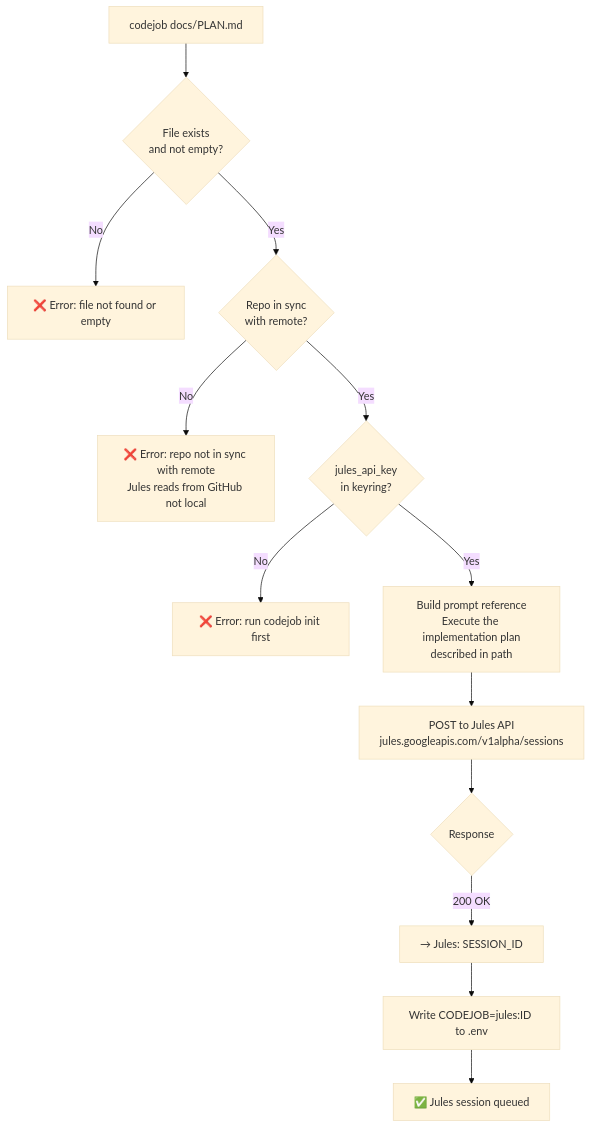
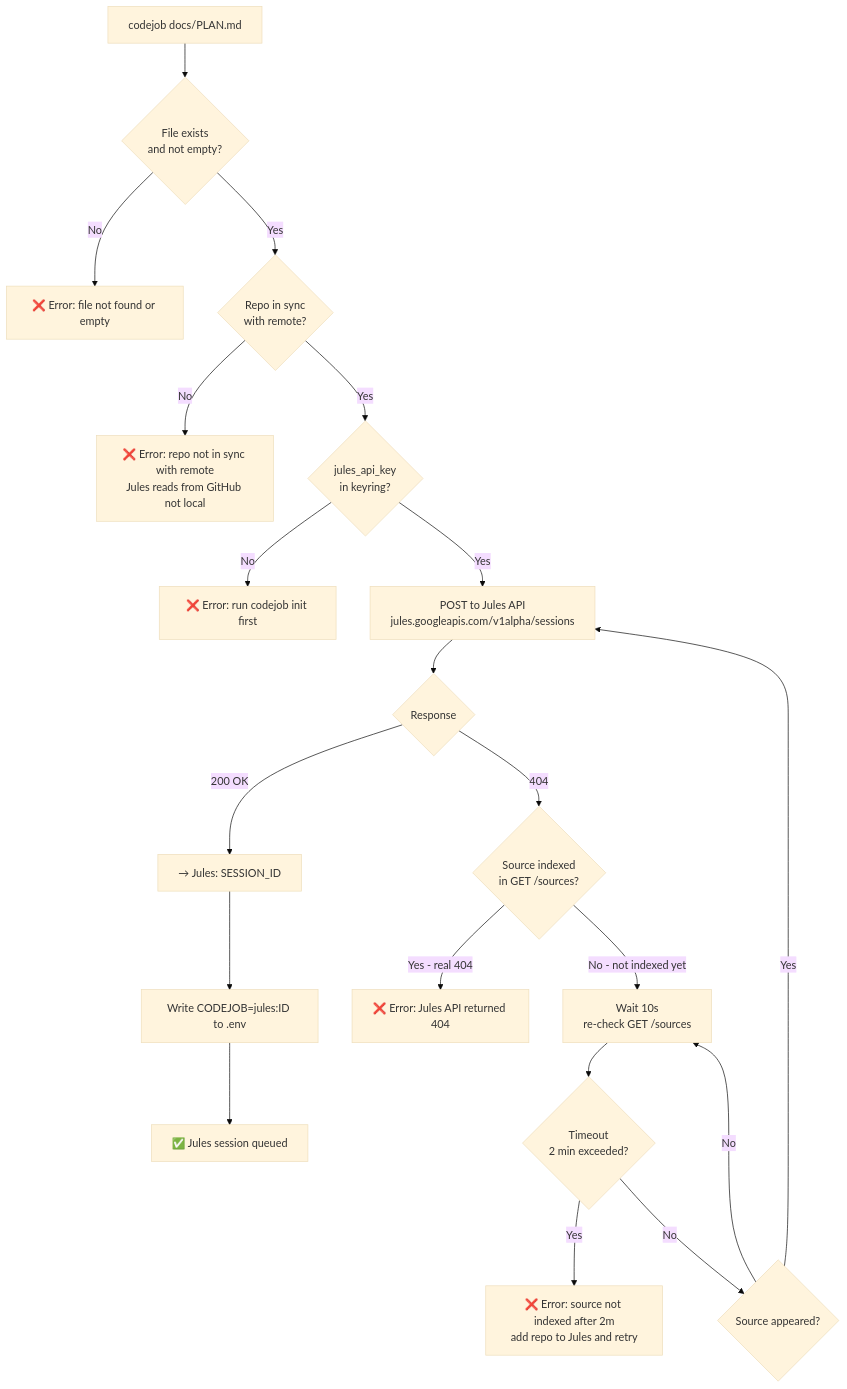
One commit to tinywasm/devflow changed the diagram in docs/codejob/diagrams/CODEJOB_DISPATCH_FLOW.md. Above: the diagram before and after it, drawn with Mermaid (base theme). The commit also changed 8 other files, not shown here.

````diff
--- a/docs/codejob/diagrams/CODEJOB_DISPATCH_FLOW.md
+++ b/docs/codejob/diagrams/CODEJOB_DISPATCH_FLOW.md
@@ -5,15 +5,22 @@
 ```mermaid
 flowchart TD
     A[codejob docs/PLAN.md] --> B{File exists<br/>and not empty?}
     B -->|No| BE[❌ Error: file not found or empty]
     B -->|Yes| GIT{Repo in sync<br/>with remote?}
     GIT -->|No| GITE[❌ Error: repo not in sync with remote<br/>Jules reads from GitHub not local]
     GIT -->|Yes| C{jules_api_key<br/>in keyring?}
     C -->|No| CE[❌ Error: run codejob init first]
-    C -->|Yes| D[Build prompt reference<br/>Execute the implementation plan<br/>described in path]
-    D --> E[POST to Jules API<br/>jules.googleapis.com/v1alpha/sessions]
-    E --> F{Response}
+    C -->|Yes| D[POST to Jules API<br/>jules.googleapis.com/v1alpha/sessions]
+    D --> F{Response}
     F -->|200 OK| G[→ Jules: SESSION_ID]
     G --> SAVE[Write CODEJOB=jules:ID to .env]
     SAVE --> DONE[✅ Jules session queued]
+    F -->|404| SV{Source indexed<br/>in GET /sources?}
+    SV -->|Yes - real 404| REAL[❌ Error: Jules API returned 404]
+    SV -->|No - not indexed yet| POLL[Wait 10s<br/>re-check GET /sources]
+    POLL --> TM{Timeout<br/>2 min exceeded?}
+    TM -->|Yes| TME[❌ Error: source not indexed after 2m<br/>add repo to Jules and retry]
+    TM -->|No| SV2{Source appeared?}
+    SV2 -->|No| POLL
+    SV2 -->|Yes| D
 ```
````
